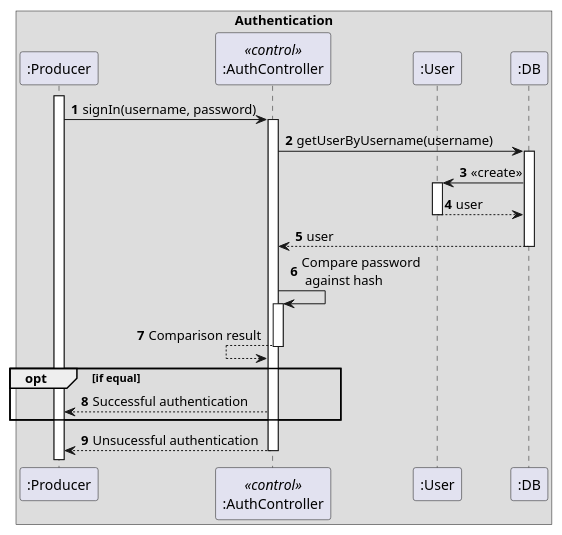
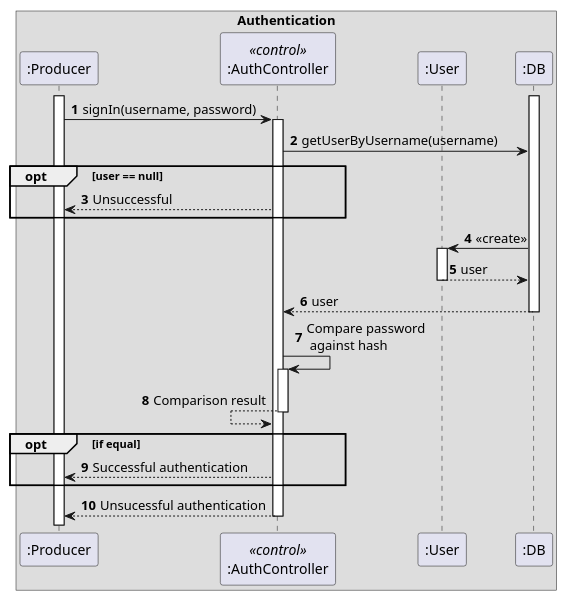
One commit to amatzen/SE02-SE-G02-SPRO changed the diagram in uml/sequence_diagrams/operation/authentication.puml. Above: the diagram before and after it, drawn with PlantUML. The commit also changed 2 other files, not shown here.

Commit message:
Updated diagrams

```diff
--- a/uml/sequence_diagrams/operation/authentication.puml
+++ b/uml/sequence_diagrams/operation/authentication.puml
@@ -1,36 +1,41 @@
 @startuml
 ' https://plantuml.com/sequence-diagram
 
 autonumber
 
 box "Authentication"
     participant ":Producer" as producer
     participant ":AuthController" as authController <<control>>
     participant ":User" as user
     participant ":DB" as db
 end box
 
 activate producer
 producer -> authController : signIn(username, password)
 activate authController
 authController -> db : getUserByUsername(username)
+
+opt user == null
+producer <-- authController : Unsuccessful
+end
+
 activate db
 db -> user : <<create>>
 activate user
 db <-- user : user
 deactivate user
 authController <-- db : user
 deactivate db
 
 authController -> authController : Compare password\n against hash
 activate authController
 authController <-- authController : Comparison result
 deactivate authController
 
 opt if equal
 authController --> producer : Successful authentication
 end
 producer <-- authController : Unsucessful authentication
 deactivate authController
 
 @enduml
```
